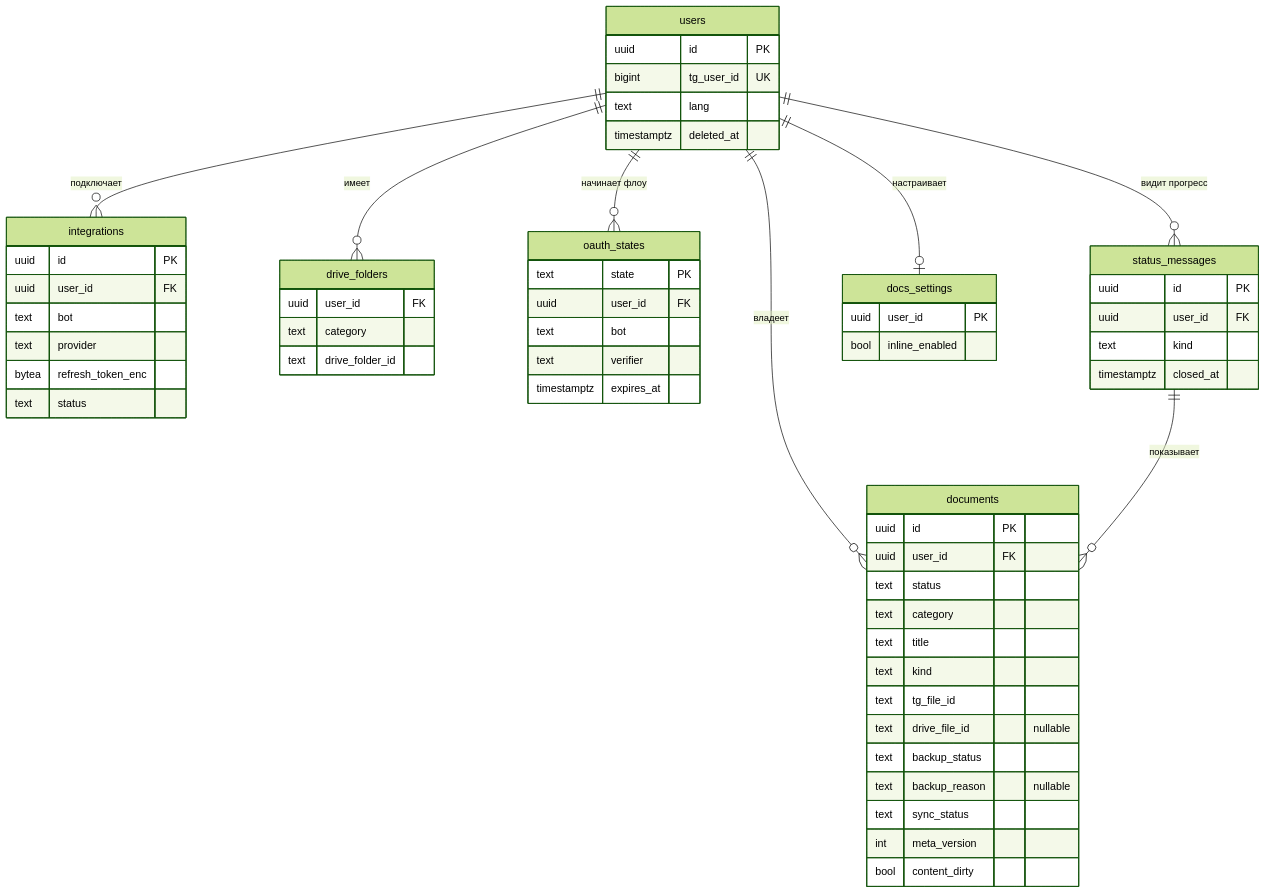
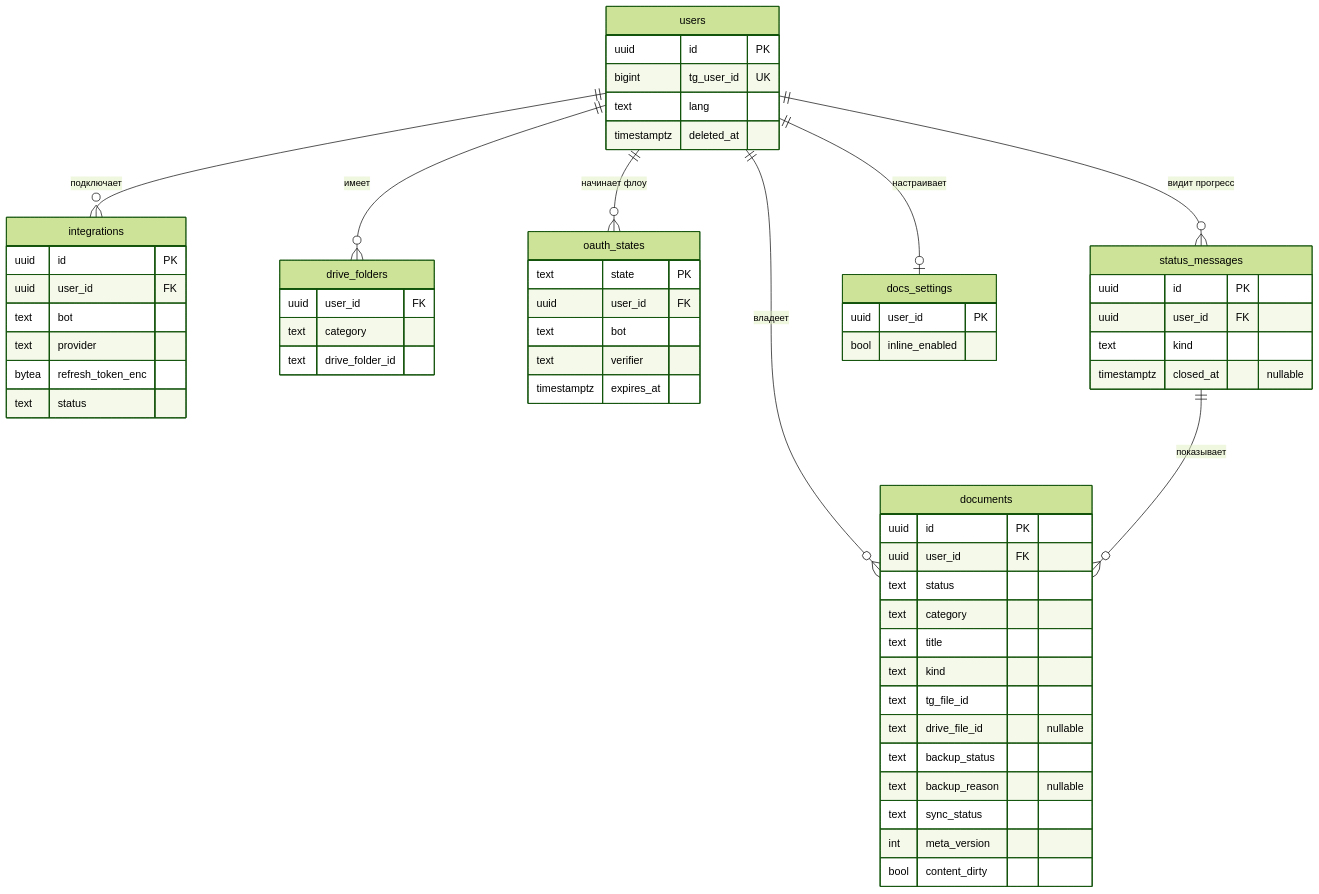
Before and after one commit to alexe0110/most-app: the diagram in docs/model.md, drawn with Mermaid (forest theme). The commit also changed 3 other files, not shown here.

````diff
--- a/docs/model.md
+++ b/docs/model.md
@@ -26,62 +26,62 @@
 ```mermaid
 erDiagram
     users ||--o{ integrations : "подключает"
     users ||--o{ documents : "владеет"
     users ||--o{ drive_folders : "имеет"
     users ||--o{ oauth_states : "начинает флоу"
     users ||--o{ status_messages : "видит прогресс"
     users ||--o| docs_settings : "настраивает"
     status_messages ||--o{ documents : "показывает"
 
     users {
         uuid id PK
         bigint tg_user_id UK
         text lang
         timestamptz deleted_at
     }
     integrations {
         uuid id PK
         uuid user_id FK
         text bot
         text provider
         bytea refresh_token_enc
         text status
     }
     oauth_states {
         text state PK
         uuid user_id FK
         text bot
         text verifier
         timestamptz expires_at
     }
     documents {
         uuid id PK
         uuid user_id FK
         text status
         text category
         text title
         text kind
         text tg_file_id
         text drive_file_id "nullable"
         text backup_status
         text backup_reason "nullable"
         text sync_status
         int meta_version
         bool content_dirty
     }
     status_messages {
         uuid id PK
         uuid user_id FK
         text kind
-        timestamptz closed_at
+        timestamptz closed_at "nullable"
     }
     docs_settings {
         uuid user_id PK
         bool inline_enabled
     }
     drive_folders {
         uuid user_id FK
         text category
         text drive_folder_id
     }
 ```
````
